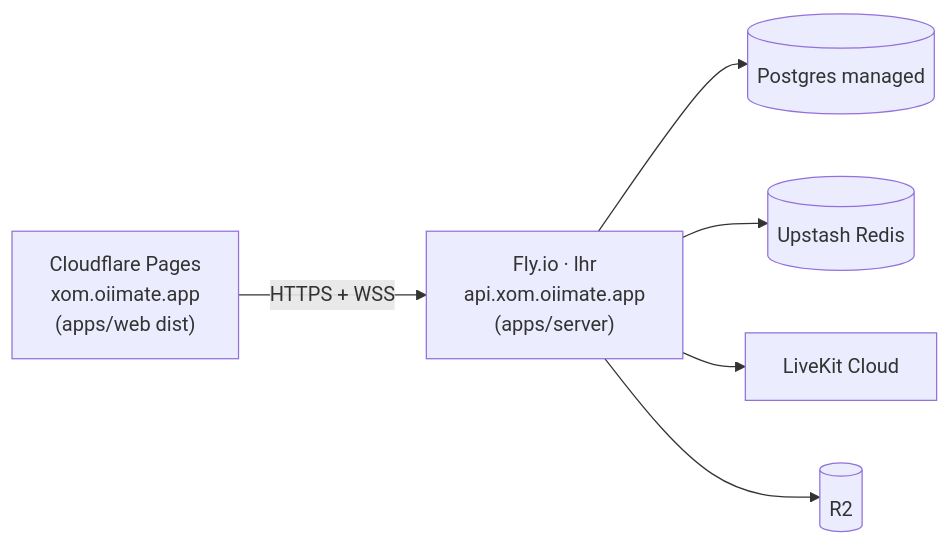
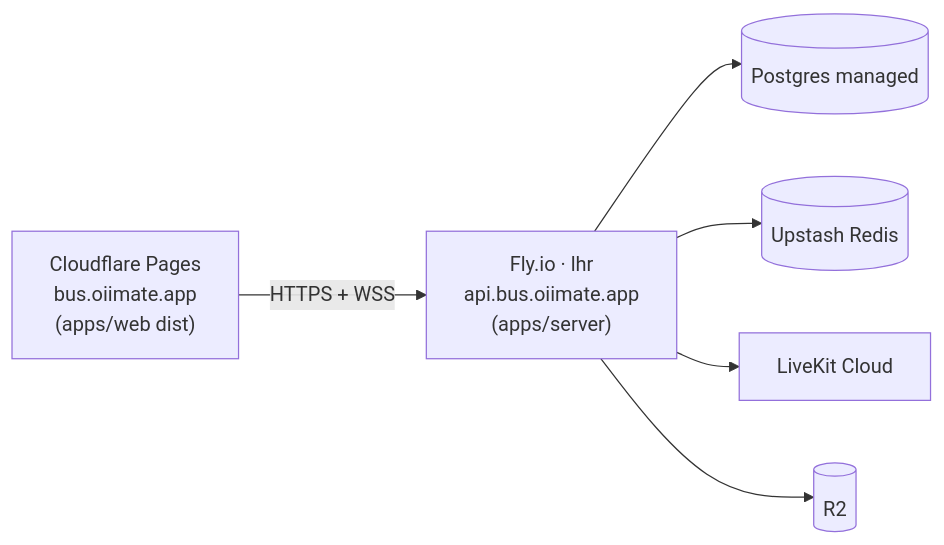
One commit to tonyfromvietnam/oii-bus changed the eighth of 9 diagrams in docs/ARCHITECTURE.md. Above: the diagram before and after it, drawn with Mermaid. The commit also changed other lines of this file and 46 other files, not shown here.

````diff
--- a/docs/ARCHITECTURE.md
+++ b/docs/ARCHITECTURE.md
@@ -238,8 +238,8 @@
 ```mermaid
 flowchart LR
-  CF["Cloudflare Pages<br/>xom.oiimate.app<br/>(apps/web dist)"] -->|HTTPS + WSS| FLY["Fly.io · lhr<br/>api.xom.oiimate.app<br/>(apps/server)"]
+  CF["Cloudflare Pages<br/>bus.oiimate.app<br/>(apps/web dist)"] -->|HTTPS + WSS| FLY["Fly.io · lhr<br/>api.bus.oiimate.app<br/>(apps/server)"]
   FLY --> NEON[("Postgres managed")]
   FLY --> UP[("Upstash Redis")]
   FLY --> LKC["LiveKit Cloud"]
   FLY --> R2[("R2")]
 ```
````
